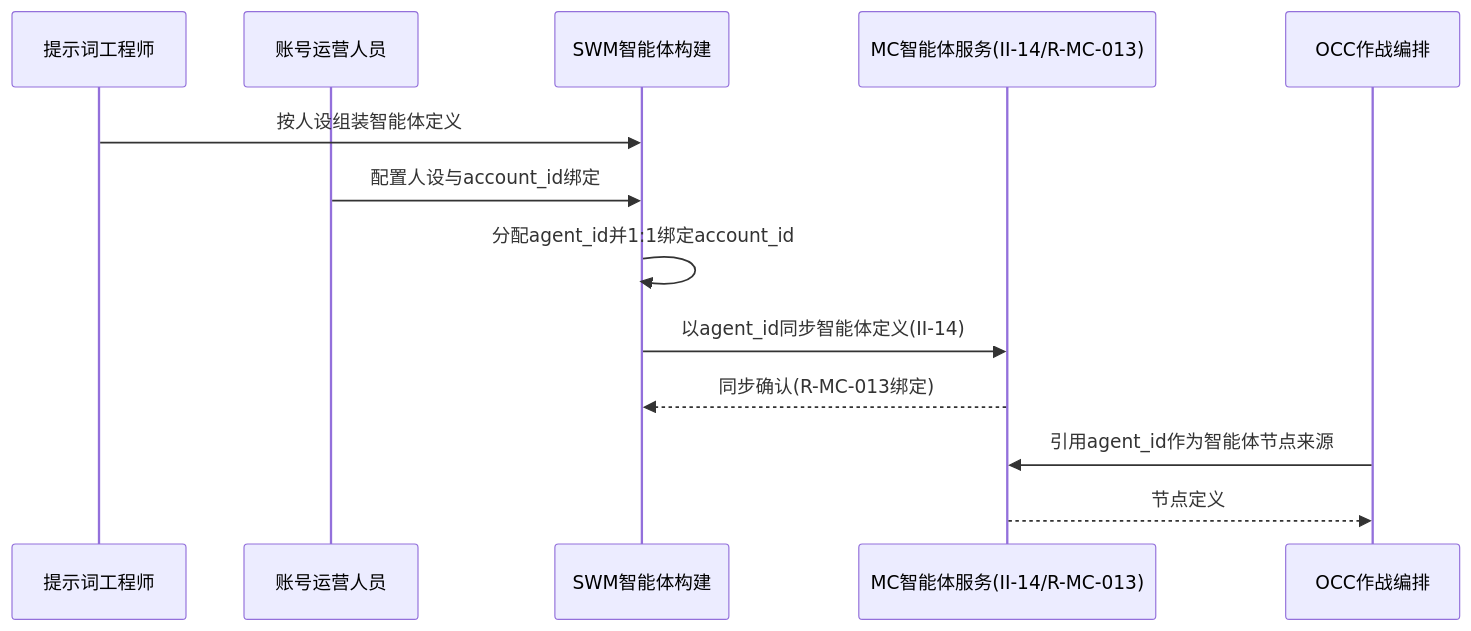
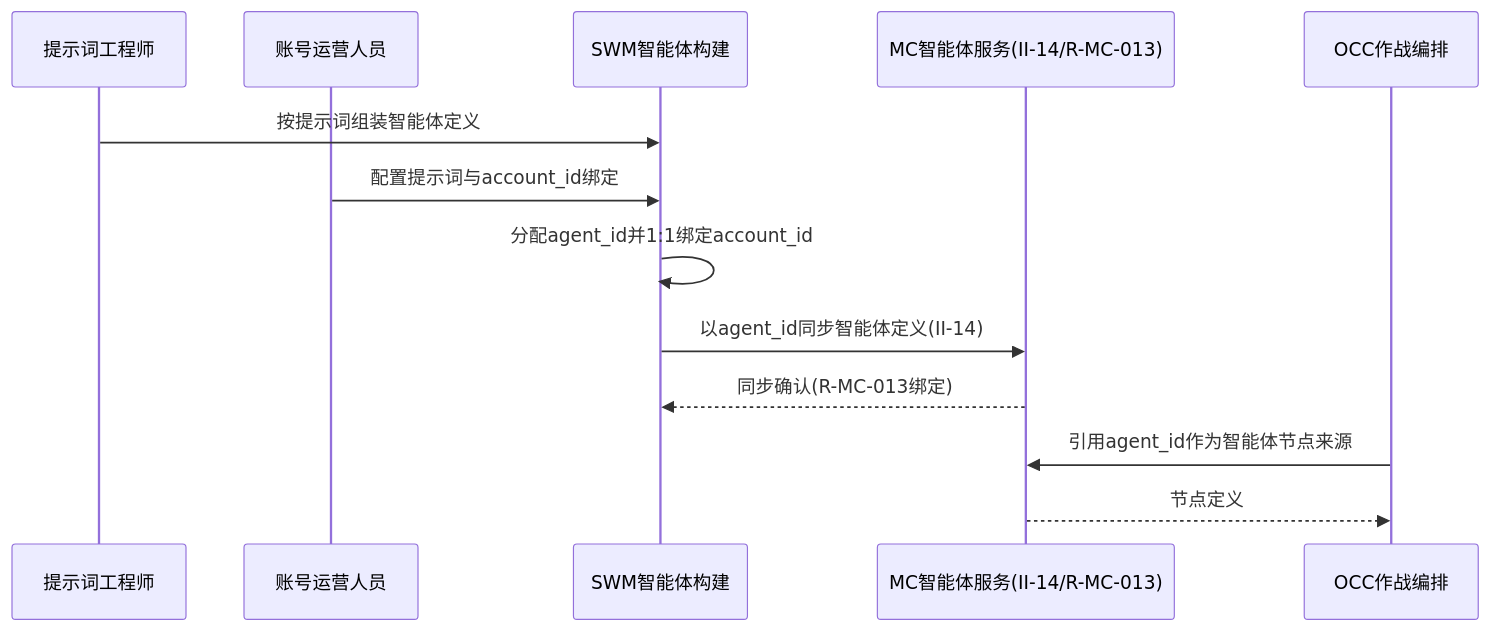
Before and after one commit to Sj-g/obsidian: the sixth of 10 diagrams in 公司项目/认知作战/文档/SRS/软件需求规格说明-SWM子系统.md, drawn with Mermaid. The commit also changed other lines of this file and 9 other files, not shown here.

````diff
--- a/公司项目/认知作战/文档/SRS/软件需求规格说明-SWM子系统.md
+++ b/公司项目/认知作战/文档/SRS/软件需求规格说明-SWM子系统.md
@@ -298,15 +298,15 @@
 ```mermaid
 sequenceDiagram
   participant 工程师 as 提示词工程师
   participant 运营 as 账号运营人员
   participant SWM as SWM智能体构建
   participant MC as MC智能体服务(II-14/R-MC-013)
   participant OCC as OCC作战编排
-  工程师->>SWM: 按人设组装智能体定义
-  运营->>SWM: 配置人设与account_id绑定
+  工程师->>SWM: 按提示词组装智能体定义
+  运营->>SWM: 配置提示词与account_id绑定
   SWM->>SWM: 分配agent_id并1:1绑定account_id
   SWM->>MC: 以agent_id同步智能体定义(II-14)
   MC-->>SWM: 同步确认(R-MC-013绑定)
   OCC->>MC: 引用agent_id作为智能体节点来源
   MC-->>OCC: 节点定义
 ```
````
